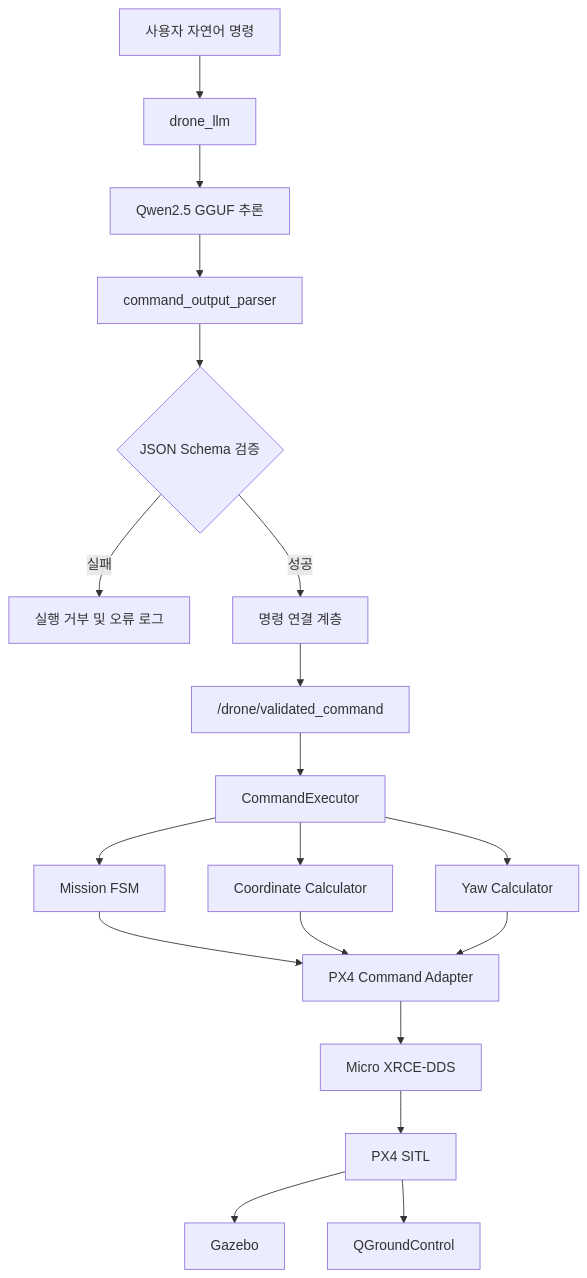
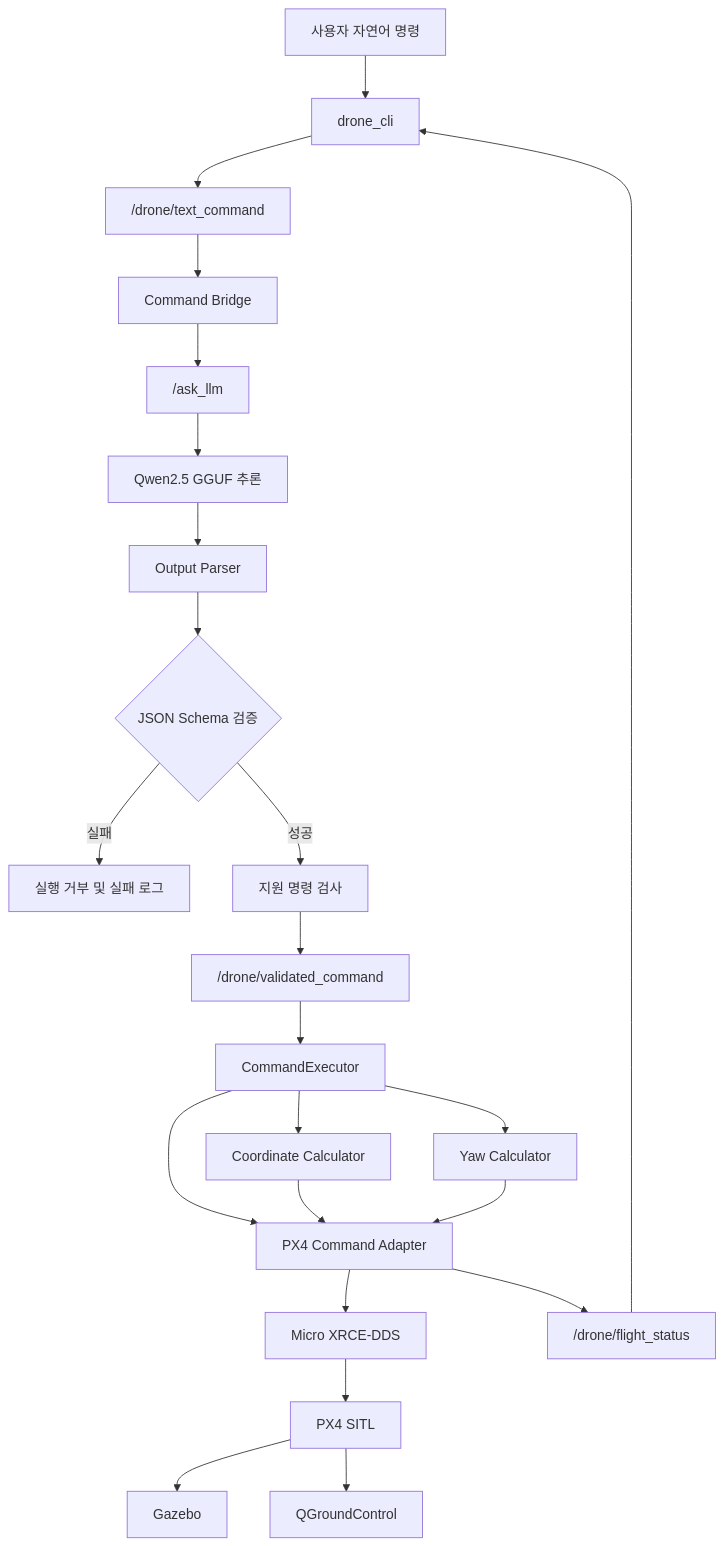
The diagram in README.md (JoHJ3753/ROS2-Gazebo-Drone-Sim), drawn with Mermaid before and after one commit. The commit also changed other lines of this file, not shown here.

````diff
--- a/README.md
+++ b/README.md
@@ -151,21 +178,25 @@
 ```mermaid
 flowchart TD
-    A[사용자 자연어 명령] --> B[drone_llm]
-    B --> C[Qwen2.5 GGUF 추론]
-    C --> D[command_output_parser]
-    D --> E{JSON Schema 검증}
-    E -->|실패| F[실행 거부 및 오류 로그]
-    E -->|성공| G[명령 연결 계층]
-    G --> H["/drone/validated_command"]
-    H --> I[CommandExecutor]
-    I --> J[Mission FSM]
-    I --> K[Coordinate Calculator]
-    I --> L[Yaw Calculator]
-    J --> M[PX4 Command Adapter]
-    K --> M
-    L --> M
-    M --> N[Micro XRCE-DDS]
-    N --> O[PX4 SITL]
-    O --> P[Gazebo]
-    O --> Q[QGroundControl]
+    A[사용자 자연어 명령] --> B[drone_cli]
+    B --> C["/drone/text_command"]
+    C --> D[Command Bridge]
+    D --> E["/ask_llm"]
+    E --> F[Qwen2.5 GGUF 추론]
+    F --> G[Output Parser]
+    G --> H{JSON Schema 검증}
+    H -->|실패| I[실행 거부 및 실패 로그]
+    H -->|성공| J[지원 명령 검사]
+    J --> K["/drone/validated_command"]
+    K --> L[CommandExecutor]
+    L --> M[Coordinate Calculator]
+    L --> N[Yaw Calculator]
+    L --> O[PX4 Command Adapter]
+    M --> O
+    N --> O
+    O --> P[Micro XRCE-DDS]
+    P --> Q[PX4 SITL]
+    Q --> R[Gazebo]
+    Q --> S[QGroundControl]
+    O --> T["/drone/flight_status"]
+    T --> B
 ```
````
